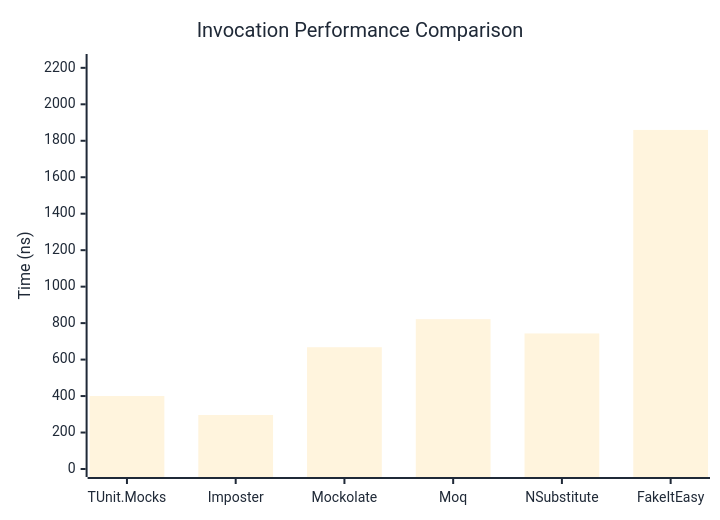
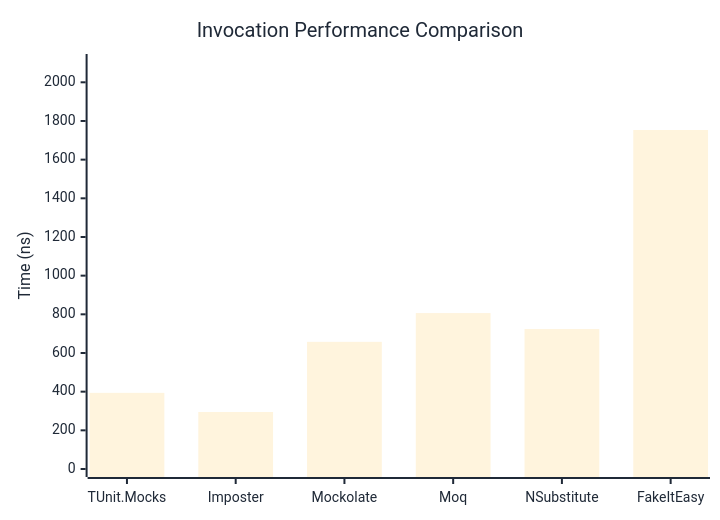
Before and after one commit to thomhurst/TUnit: the first of 3 diagrams in docs/docs/benchmarks/mocks/Invocation.md, drawn with Mermaid. The commit also changed other lines of this file and 14 other files, not shown here.

````diff
--- a/docs/docs/benchmarks/mocks/Invocation.md
+++ b/docs/docs/benchmarks/mocks/Invocation.md
@@ -28,27 +28,27 @@
 ```mermaid
 %%{init: {
   'theme':'base',
   'themeVariables': {
     'primaryColor': '#2563eb',
     'primaryTextColor': '#1f2937',
     'primaryBorderColor': '#1e40af',
     'lineColor': '#6b7280',
     'secondaryColor': '#7c3aed',
     'tertiaryColor': '#dc2626',
     'background': '#ffffff',
     'pie1': '#2563eb',
     'pie2': '#7c3aed',
     'pie3': '#dc2626',
     'pie4': '#f59e0b',
     'pie5': '#10b981',
     'pie6': '#06b6d4',
     'pie7': '#ec4899',
     'pie8': '#6366f1'
   }
 }}%%
 xychart-beta
   title "Invocation Performance Comparison"
   x-axis ["TUnit.Mocks", "Imposter", "Mockolate", "Moq", "NSubstitute", "FakeItEasy"]
-  y-axis "Time (ns)" 0 --> 2232
-  bar [400.3, 296.2, 667.8, 821.8, 743.4, 1859.5]
+  y-axis "Time (ns)" 0 --> 2105
+  bar [393.9, 294.8, 657.7, 806.4, 723.8, 1753.4]
 ```
````
